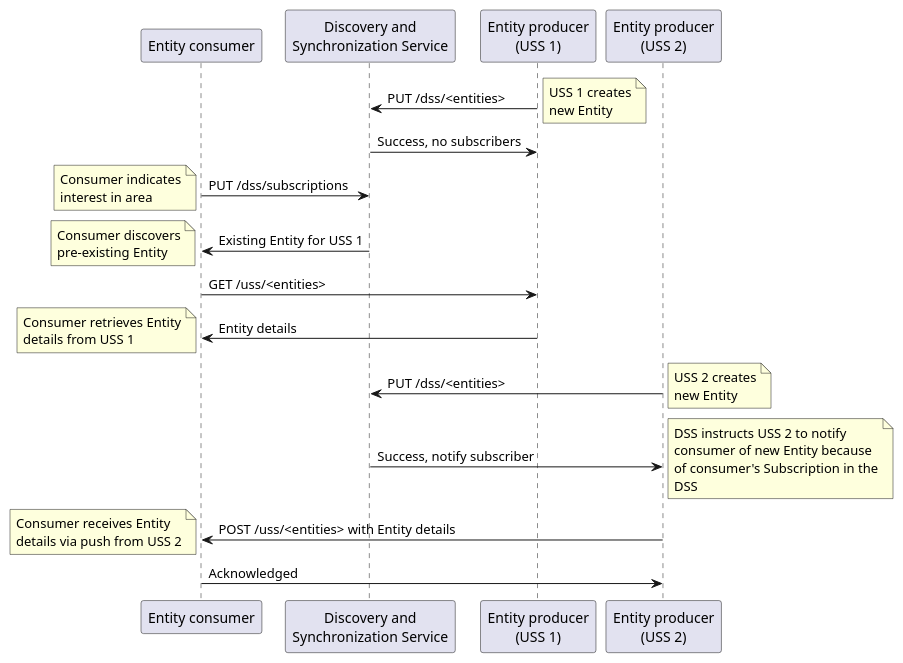
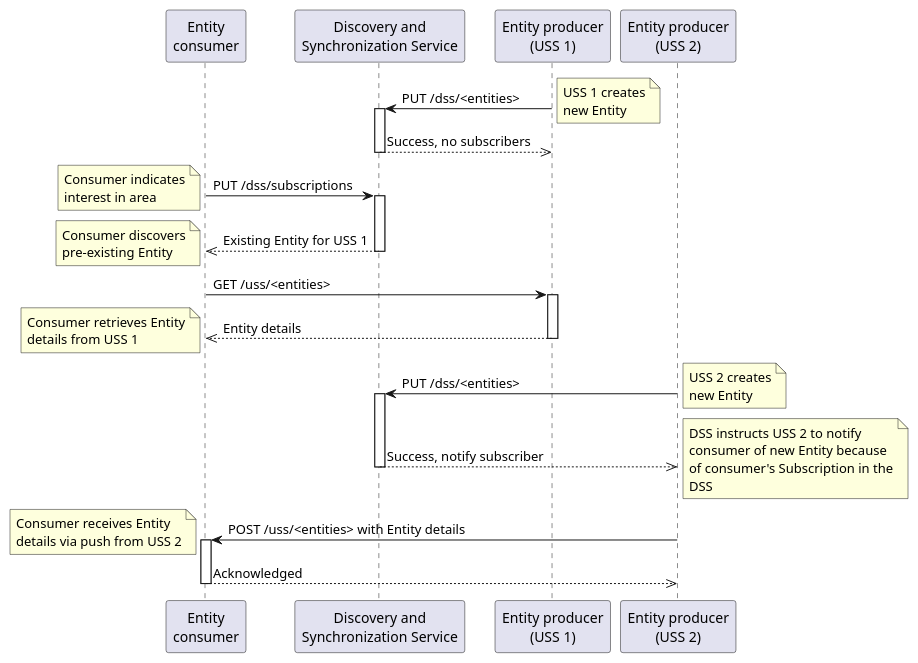
The diagram in assets/subscriptions.puml (interuss/dss), drawn with PlantUML before and after one commit. The commit also changed 4 other files, not shown here.

First line of the commit message:
Update DSS Concept doc and diagrams

```diff
--- a/assets/subscriptions.puml
+++ b/assets/subscriptions.puml
@@ -3,23 +3,39 @@
 @startuml
-participant "Entity consumer" as EC
+participant "Entity\nconsumer" as EC
 participant "Discovery and\nSynchronization Service" as DSS
 participant "Entity producer\n(USS 1)" as EP1
 participant "Entity producer\n(USS 2)" as EP2
+
 EP1 -> DSS : PUT /dss/<entities>
 note right: USS 1 creates\nnew Entity
-DSS -> EP1 : Success, no subscribers
+activate DSS
+DSS -->> EP1 : Success, no subscribers
+deactivate
+
 EC -> DSS : PUT /dss/subscriptions
 note left: Consumer indicates\ninterest in area
-DSS -> EC : Existing Entity for USS 1
+activate DSS
+DSS -->> EC : Existing Entity for USS 1
+deactivate
 note left: Consumer discovers\npre-existing Entity
+
 EC -> EP1 : GET /uss/<entities>
-EP1 -> EC : Entity details
+activate EP1
+EP1 -->> EC : Entity details
+deactivate
+
 note left: Consumer retrieves Entity\ndetails from USS 1
 EP2 -> DSS : PUT /dss/<entities>
+activate DSS
 note right: USS 2 creates\nnew Entity
-DSS -> EP2 : Success, notify subscriber
+DSS -->> EP2 : Success, notify subscriber
+deactivate
+
 note right: DSS instructs USS 2 to notify\nconsumer of new Entity because\nof consumer's Subscription in the\nDSS
 EP2 -> EC : POST /uss/<entities> with Entity details
+activate EC
 note left: Consumer receives Entity\ndetails via push from USS 2
-EC -> EP2 : Acknowledged
+EC -->> EP2 : Acknowledged
+deactivate
+
 @enduml
```
